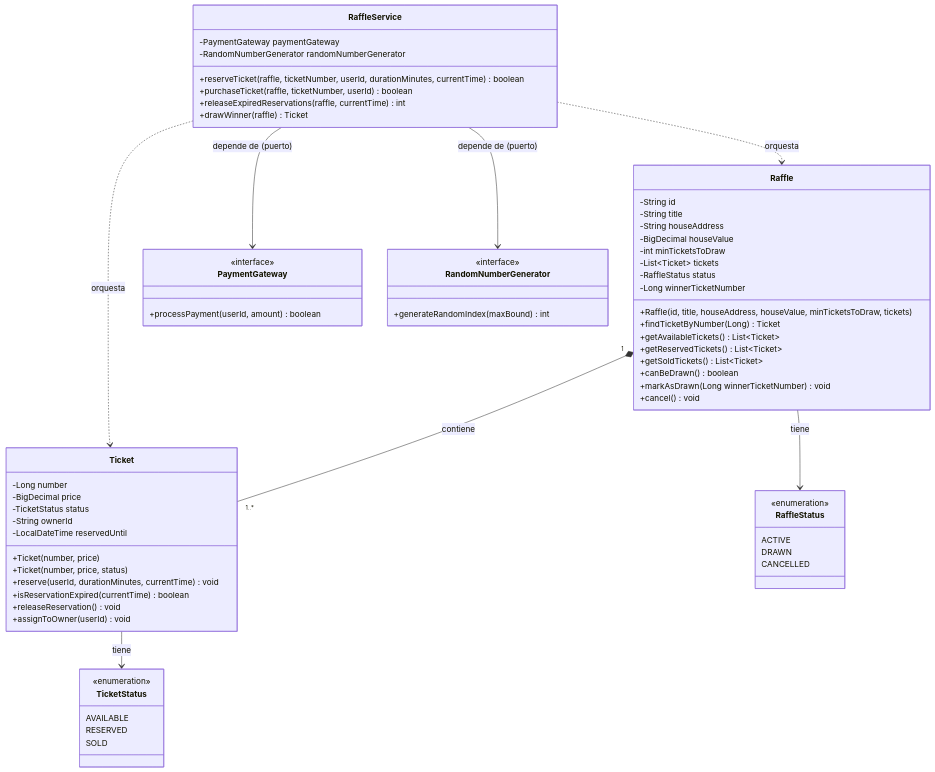
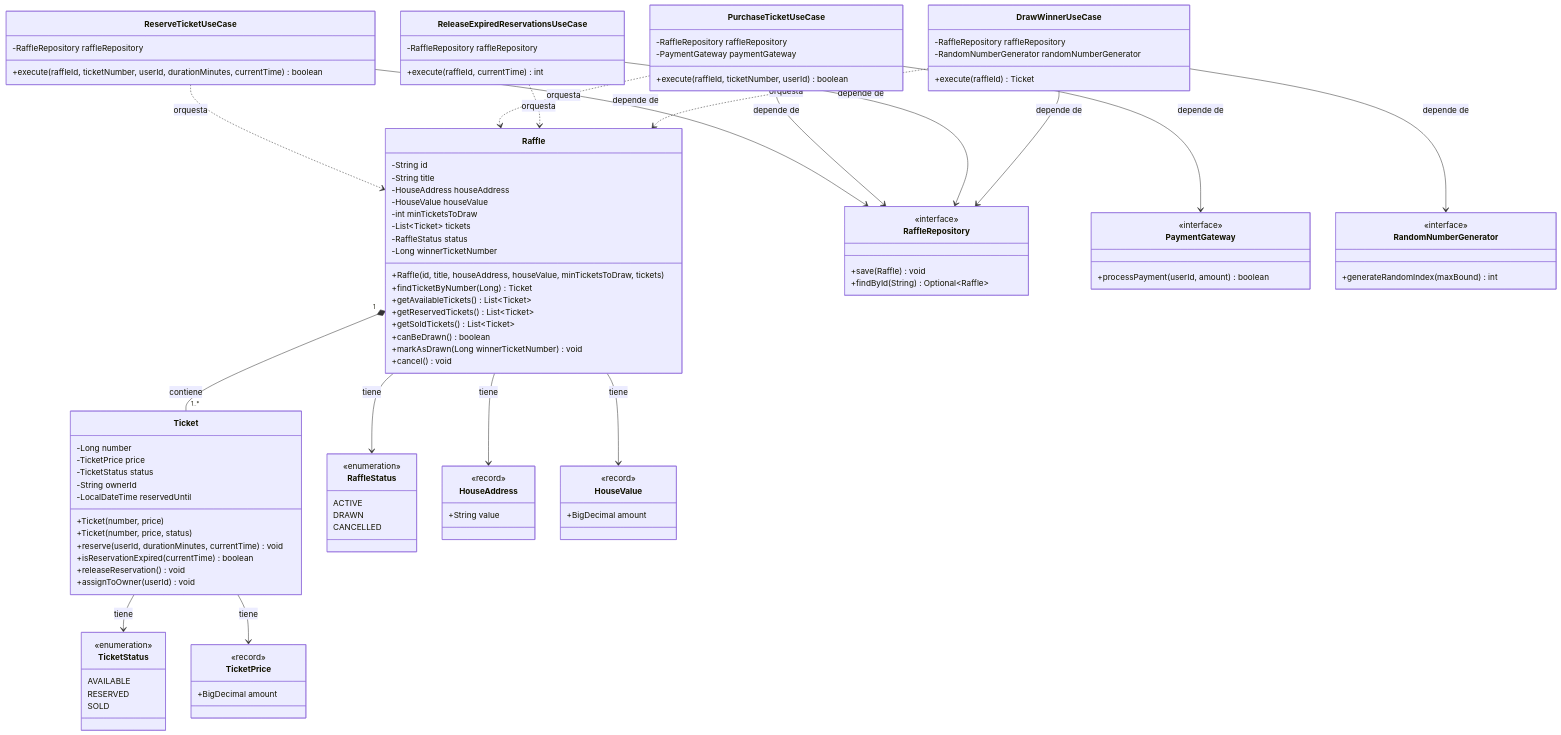
Before and after one commit to D-Araya/ClickTuCasa: the third of 9 diagrams in README.md, drawn with Mermaid. The commit also changed other lines of this file and 48 other files, not shown here.

````diff
--- a/README.md
+++ b/README.md
@@ -167,8 +284,8 @@
     class Raffle {
         -String id
         -String title
-        -String houseAddress
-        -BigDecimal houseValue
+        -HouseAddress houseAddress
+        -HouseValue houseValue
         -int minTicketsToDraw
         -List~Ticket~ tickets
         -RaffleStatus status
@@ -185,7 +302,7 @@
 
     class Ticket {
         -Long number
-        -BigDecimal price
+        -TicketPrice price
         -TicketStatus status
         -String ownerId
         -LocalDateTime reservedUntil
@@ -211,13 +328,25 @@
         SOLD
     }
 
-    class RaffleService {
-        -PaymentGateway paymentGateway
-        -RandomNumberGenerator randomNumberGenerator
-        +reserveTicket(raffle, ticketNumber, userId, durationMinutes, currentTime) boolean
-        +purchaseTicket(raffle, ticketNumber, userId) boolean
-        +releaseExpiredReservations(raffle, currentTime) int
-        +drawWinner(raffle) Ticket
+    class HouseAddress {
+        <<record>>
+        +String value
+    }
+
+    class HouseValue {
+        <<record>>
+        +BigDecimal amount
+    }
+
+    class TicketPrice {
+        <<record>>
+        +BigDecimal amount
+    }
+
+    class RaffleRepository {
+        <<interface>>
+        +save(Raffle) void
+        +findById(String) Optional~Raffle~
     }
 
     class PaymentGateway {
@@ -230,11 +359,44 @@
         +generateRandomIndex(maxBound) int
     }
 
+    class ReserveTicketUseCase {
+        -RaffleRepository raffleRepository
+        +execute(raffleId, ticketNumber, userId, durationMinutes, currentTime) boolean
+    }
+
+    class PurchaseTicketUseCase {
+        -RaffleRepository raffleRepository
+        -PaymentGateway paymentGateway
+        +execute(raffleId, ticketNumber, userId) boolean
+    }
+
+    class ReleaseExpiredReservationsUseCase {
+        -RaffleRepository raffleRepository
+        +execute(raffleId, currentTime) int
+    }
+
+    class DrawWinnerUseCase {
+        -RaffleRepository raffleRepository
+        -RandomNumberGenerator randomNumberGenerator
+        +execute(raffleId) Ticket
+    }
+
     Raffle "1" *-- "1..*" Ticket : contiene
     Raffle --> RaffleStatus : tiene
+    Raffle --> HouseAddress : tiene
+    Raffle --> HouseValue : tiene
     Ticket --> TicketStatus : tiene
-    RaffleService ..> Raffle : orquesta
-    RaffleService ..> Ticket : orquesta
-    RaffleService --> PaymentGateway : depende de (puerto)
-    RaffleService --> RandomNumberGenerator : depende de (puerto)
+    Ticket --> TicketPrice : tiene
+
+    ReserveTicketUseCase --> RaffleRepository : depende de
+    PurchaseTicketUseCase --> RaffleRepository : depende de
+    PurchaseTicketUseCase --> PaymentGateway : depende de
+    ReleaseExpiredReservationsUseCase --> RaffleRepository : depende de
+    DrawWinnerUseCase --> RaffleRepository : depende de
+    DrawWinnerUseCase --> RandomNumberGenerator : depende de
+
+    ReserveTicketUseCase ..> Raffle : orquesta
+    PurchaseTicketUseCase ..> Raffle : orquesta
+    ReleaseExpiredReservationsUseCase ..> Raffle : orquesta
+    DrawWinnerUseCase ..> Raffle : orquesta
 ```
````
